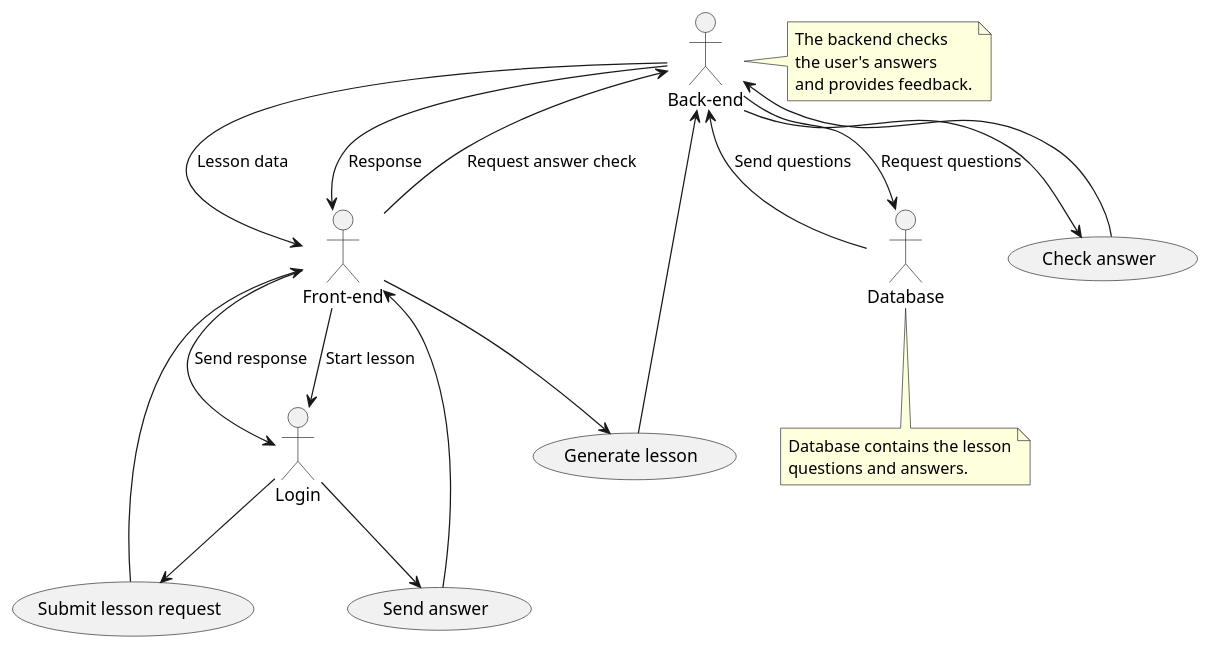
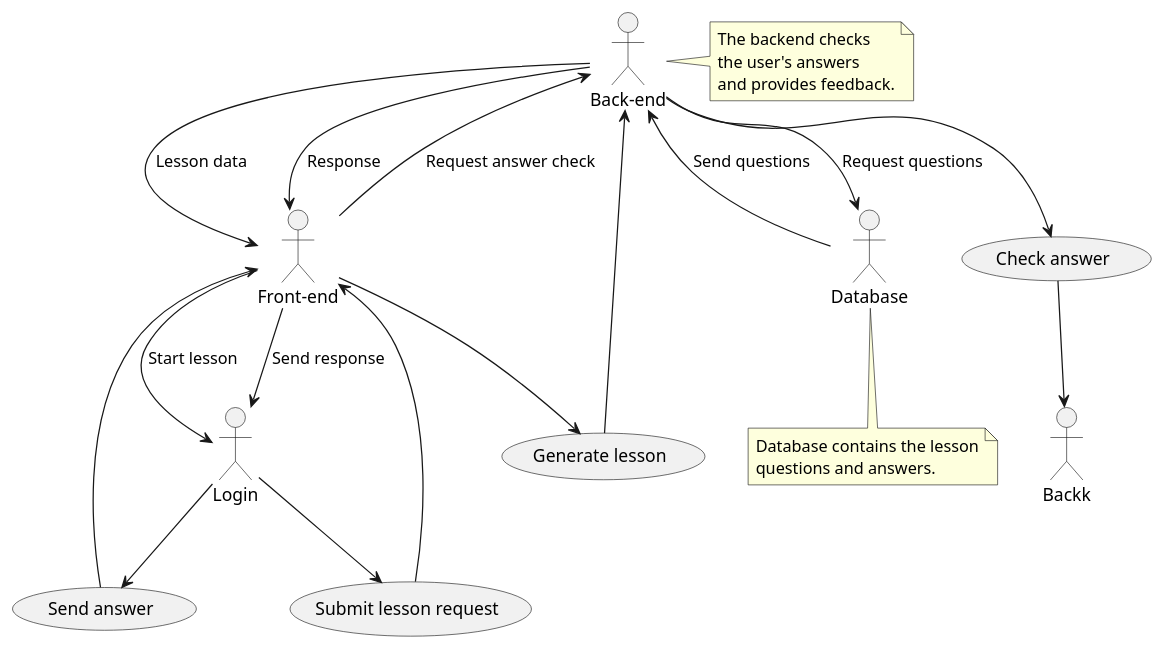
The diagram in Diagram2.puml (ArdentxX/LanguageApp), drawn with PlantUML before and after one commit. The commit also changed 2 other files, not shown here.

```diff
--- a/Diagram2.puml
+++ b/Diagram2.puml
@@ -1,39 +1,39 @@
 @startuml
 :Login: as Login
 :Front-end: as Front
 :Back-end: as Back
 :Database: as DB
 
 (Submit lesson request) as (LessonRequest)
 (Generate lesson) as (GenerateLesson)
 (Send answer) as (SendAnswer)
 (Check answer) as (CheckAnswer)
 
 Login --> (LessonRequest)
 (LessonRequest) --> Front
 Front --> (GenerateLesson)
 (GenerateLesson) --> Back
 Back --> DB : Request questions
 DB --> Back : Send questions
 Back --> Front : Lesson data
 Front --> Login : Start lesson
 Login --> (SendAnswer)
 (SendAnswer) --> Front
 Front --> Back : Request answer check
 Back --> (CheckAnswer)
-(CheckAnswer) --> Back
+(CheckAnswer) --> Backk
 Back --> Front : Response
 Front --> Login : Send response
 
 note right of Back
 The backend checks
 the user's answers
 and provides feedback.
 end note
 
 note bottom of DB
 Database contains the lesson
 questions and answers.
 end note
 
 @enduml
```
